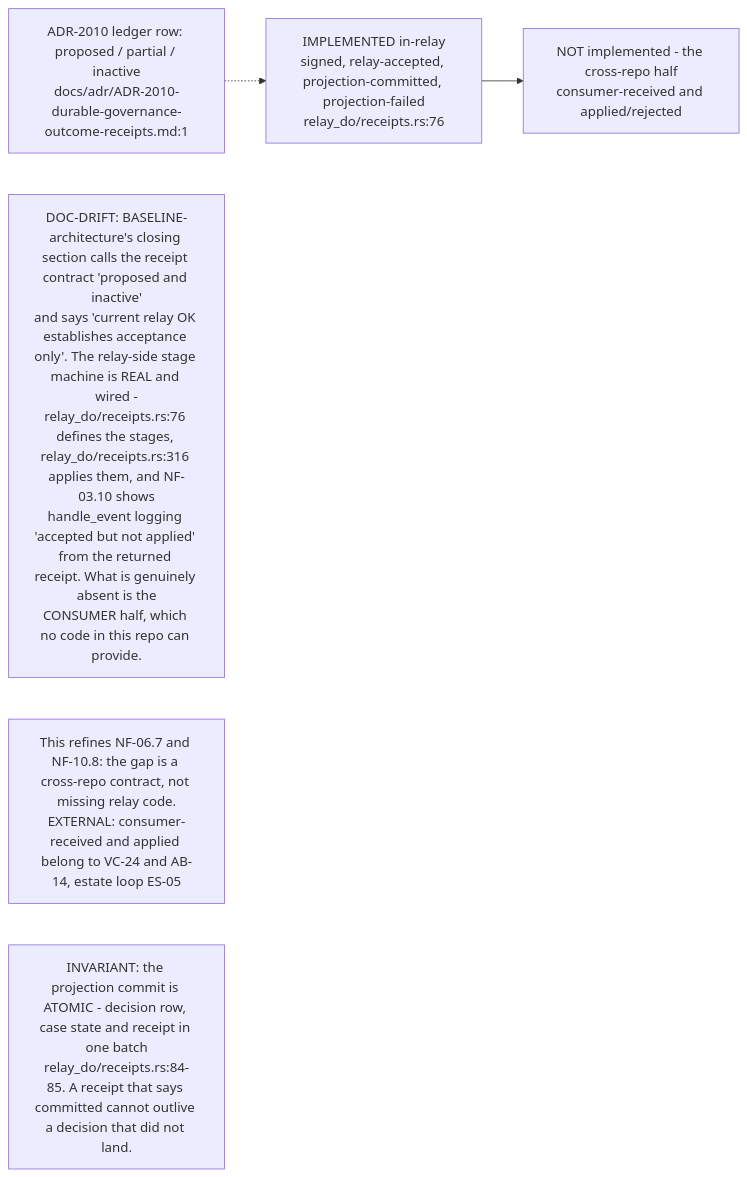
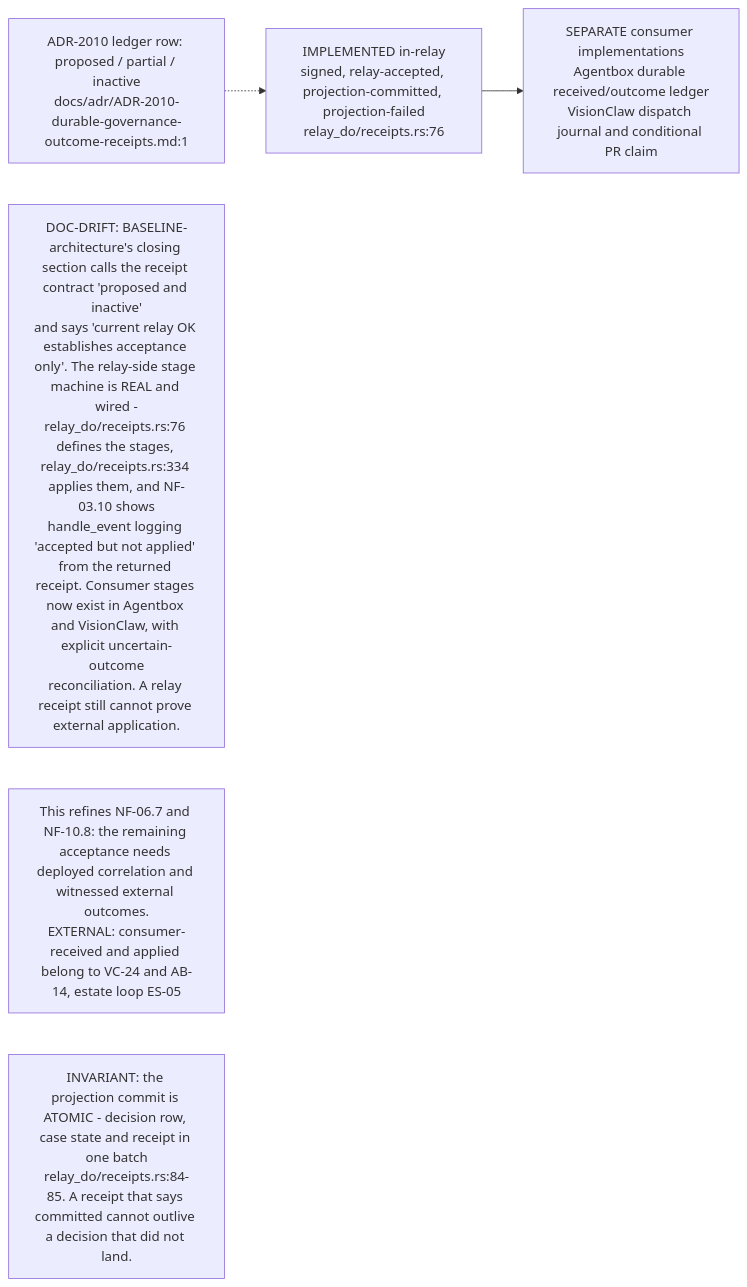
Before and after one commit to DreamLab-AI/VisionFlow: the tenth of 15 diagrams in docs/diagrams/nostr-rust-forum/11-relay-durable-object-internals.md, drawn with Mermaid. The commit also changed other lines of this file and 51 other files, not shown here.

First line of the commit message:
docs(diagrams): agentbox AB-01..13 re-attested anchor by anchor (980 anchors, 22 defects); checkpoint against an out-of-mesh writer

````diff
--- a/docs/diagrams/nostr-rust-forum/11-relay-durable-object-internals.md
+++ b/docs/diagrams/nostr-rust-forum/11-relay-durable-object-internals.md
@@ -281,13 +281,13 @@
 ```mermaid
 flowchart LR
     IMPL["IMPLEMENTED in-relay<br/>signed, relay-accepted, projection-committed, projection-failed<br/>relay_do/receipts.rs:76"]
-    OPEN["NOT implemented - the cross-repo half<br/>consumer-received and applied/rejected"]
+    OPEN["SEPARATE consumer implementations<br/>Agentbox durable received/outcome ledger<br/>VisionClaw dispatch journal and conditional PR claim"]
     LEDGER["ADR-2010 ledger row: proposed / partial / inactive<br/>docs/adr/ADR-2010-durable-governance-outcome-receipts.md:1"]
 
     IMPL --> OPEN
     LEDGER -.-> IMPL
 
-    N1["DOC-DRIFT: BASELINE-architecture's closing section calls the receipt contract 'proposed and inactive'<br/>and says 'current relay OK establishes acceptance only'. The relay-side stage machine is REAL and wired -<br/>relay_do/receipts.rs:76 defines the stages, relay_do/receipts.rs:316 applies them, and NF-03.10 shows<br/>handle_event logging 'accepted but not applied' from the returned receipt. What is genuinely absent is the<br/>CONSUMER half, which no code in this repo can provide."]
-    N2["This refines NF-06.7 and NF-10.8: the gap is a cross-repo contract, not missing relay code.<br/>EXTERNAL: consumer-received and applied belong to VC-24 and AB-14, estate loop ES-05"]
+    N1["DOC-DRIFT: BASELINE-architecture's closing section calls the receipt contract 'proposed and inactive'<br/>and says 'current relay OK establishes acceptance only'. The relay-side stage machine is REAL and wired -<br/>relay_do/receipts.rs:76 defines the stages, relay_do/receipts.rs:334 applies them, and NF-03.10 shows<br/>handle_event logging 'accepted but not applied' from the returned receipt. Consumer stages now exist in Agentbox and VisionClaw, with explicit uncertain-outcome<br/>reconciliation. A relay receipt still cannot prove external application."]
+    N2["This refines NF-06.7 and NF-10.8: the remaining acceptance needs deployed correlation and witnessed external outcomes.<br/>EXTERNAL: consumer-received and applied belong to VC-24 and AB-14, estate loop ES-05"]
     N3["INVARIANT: the projection commit is ATOMIC - decision row, case state and receipt in one batch<br/>relay_do/receipts.rs:84-85. A receipt that says committed cannot outlive a decision that did not land."]
 ```
````
